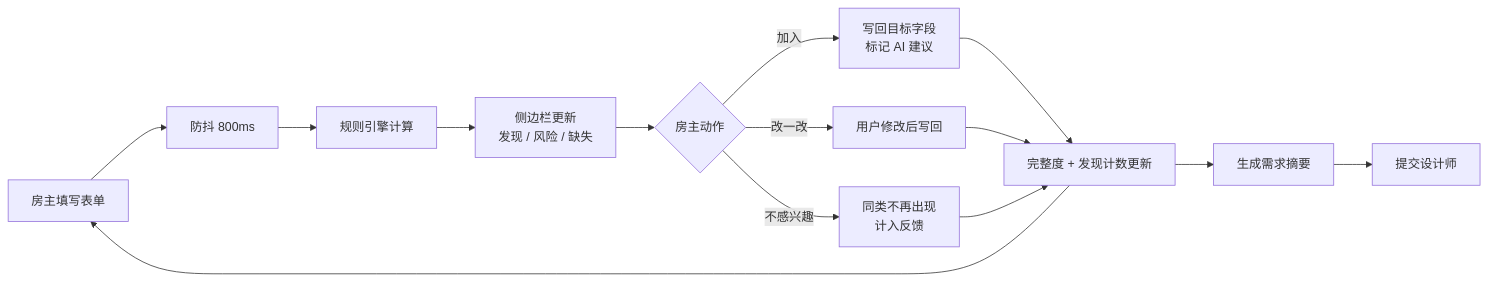
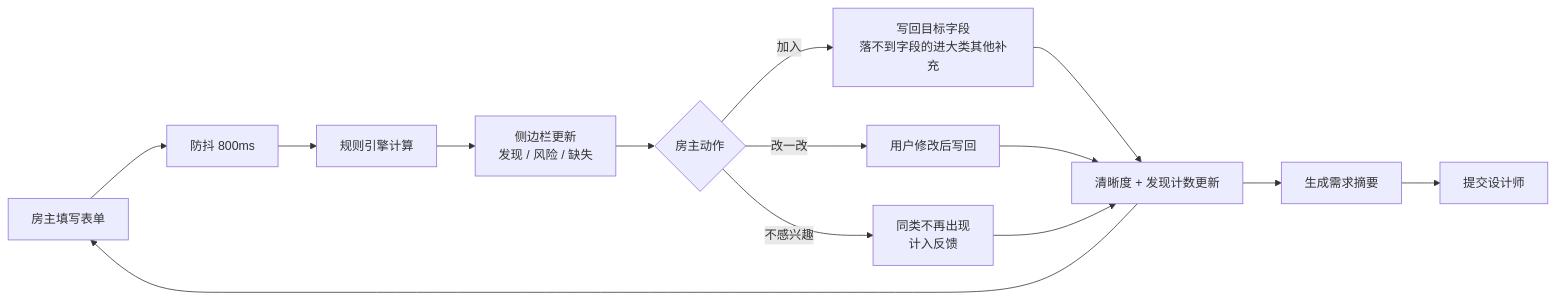
One commit to xinhao021121-web/zhuangxiu-demand changed the diagram in docs/装修需求发现助手_产品设计文档_V1.md. Above: the diagram before and after it, drawn with Mermaid. The commit also changed other lines of this file, not shown here.

````diff
--- a/docs/装修需求发现助手_产品设计文档_V1.md
+++ b/docs/装修需求发现助手_产品设计文档_V1.md
@@ -110,16 +113,16 @@
 ```mermaid
 flowchart LR
   A[房主填写表单] --> B[防抖 800ms]
   B --> C[规则引擎计算]
   C --> D[侧边栏更新<br/>发现 / 风险 / 缺失]
   D --> E{房主动作}
-  E -->|加入| F[写回目标字段<br/>标记 AI 建议]
+  E -->|加入| F[写回目标字段<br/>落不到字段的进大类其他补充]
   E -->|改一改| G[用户修改后写回]
   E -->|不感兴趣| H[同类不再出现<br/>计入反馈]
-  F --> I[完整度 + 发现计数更新]
+  F --> I[清晰度 + 发现计数更新]
   G --> I
   H --> I
   I --> A
   I --> J[生成需求摘要]
   J --> K[提交设计师]
 ```
````
